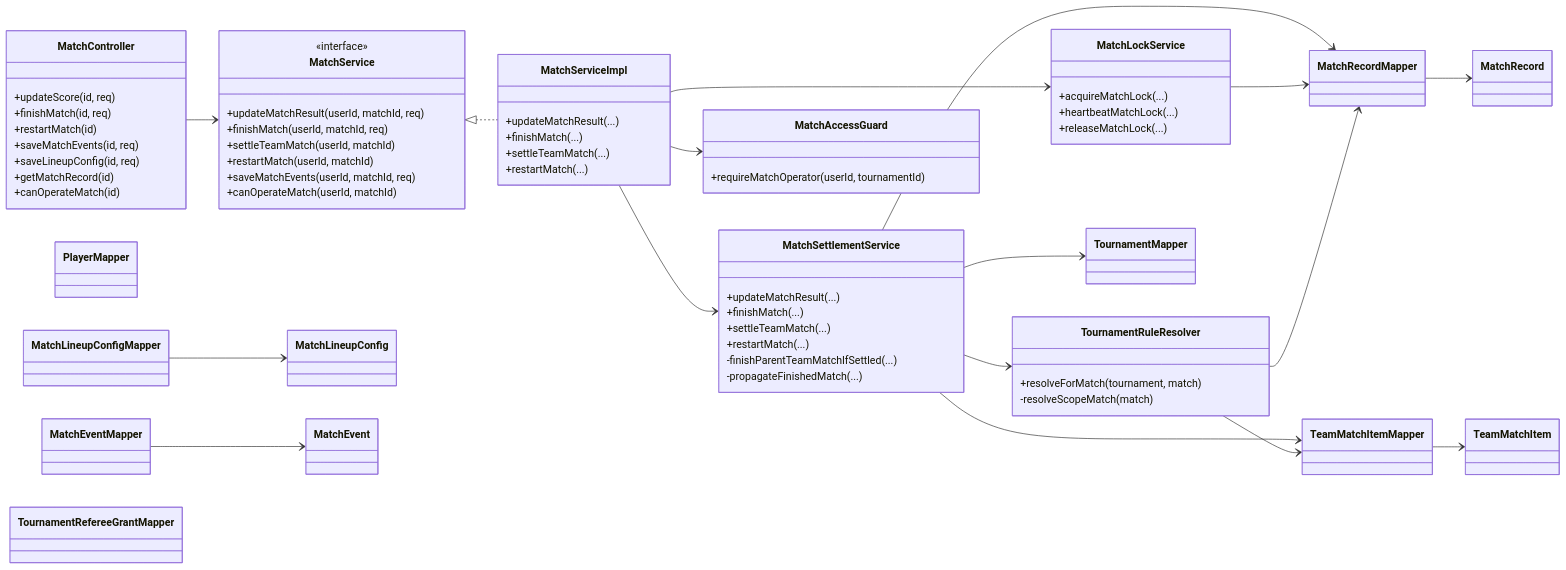
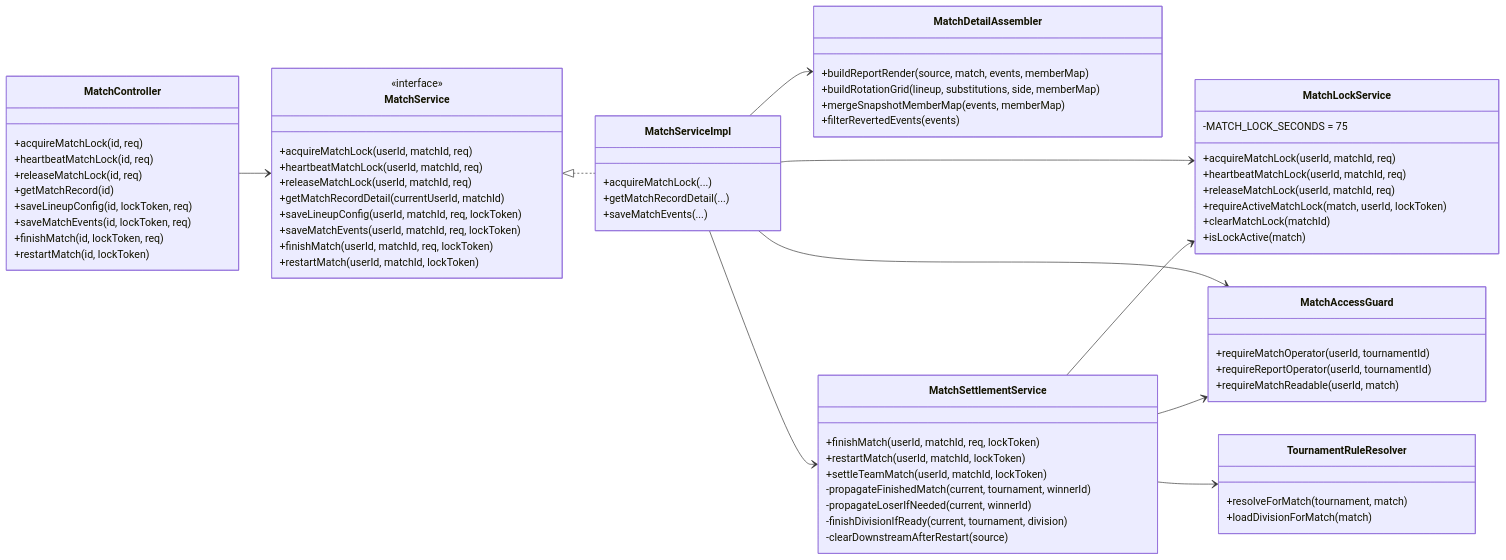
Before and after one commit to lijingyuu/Scoring: the third of 10 diagrams in docs/类图.md, drawn with Mermaid. The commit also changed other lines of this file and 34 other files, not shown here.

First line of the commit message:
fix(review): 全链路审查缺陷修复与领域类图架构治理

````diff
--- a/docs/类图.md
+++ b/docs/类图.md
@@ -285,82 +378,79 @@
 direction LR
 
 class MatchController {
-  +updateScore(id, req)
-  +finishMatch(id, req)
-  +restartMatch(id)
-  +saveMatchEvents(id, req)
-  +saveLineupConfig(id, req)
+  +acquireMatchLock(id, req)
+  +heartbeatMatchLock(id, req)
+  +releaseMatchLock(id, req)
   +getMatchRecord(id)
-  +canOperateMatch(id)
+  +saveLineupConfig(id, lockToken, req)
+  +saveMatchEvents(id, lockToken, req)
+  +finishMatch(id, lockToken, req)
+  +restartMatch(id, lockToken)
 }
 
 class MatchService {
   <<interface>>
-  +updateMatchResult(userId, matchId, req)
-  +finishMatch(userId, matchId, req)
-  +settleTeamMatch(userId, matchId)
-  +restartMatch(userId, matchId)
-  +saveMatchEvents(userId, matchId, req)
-  +canOperateMatch(userId, matchId)
+  +acquireMatchLock(userId, matchId, req)
+  +heartbeatMatchLock(userId, matchId, req)
+  +releaseMatchLock(userId, matchId, req)
+  +getMatchRecordDetail(currentUserId, matchId)
+  +saveLineupConfig(userId, matchId, req, lockToken)
+  +saveMatchEvents(userId, matchId, req, lockToken)
+  +finishMatch(userId, matchId, req, lockToken)
+  +restartMatch(userId, matchId, lockToken)
 }
 
 class MatchServiceImpl {
-  +updateMatchResult(...)
-  +finishMatch(...)
-  +settleTeamMatch(...)
-  +restartMatch(...)
-}
-
-class MatchSettlementService {
-  +updateMatchResult(...)
-  +finishMatch(...)
-  +settleTeamMatch(...)
-  +restartMatch(...)
-  -finishParentTeamMatchIfSettled(...)
-  -propagateFinishedMatch(...)
+  +acquireMatchLock(...)
+  +getMatchRecordDetail(...)
+  +saveMatchEvents(...)
 }
 
 class MatchLockService {
-  +acquireMatchLock(...)
-  +heartbeatMatchLock(...)
-  +releaseMatchLock(...)
+  -MATCH_LOCK_SECONDS = 75
+  +acquireMatchLock(userId, matchId, req)
+  +heartbeatMatchLock(userId, matchId, req)
+  +releaseMatchLock(userId, matchId, req)
+  +requireActiveMatchLock(match, userId, lockToken)
+  +clearMatchLock(matchId)
+  +isLockActive(match)
 }
 
 class MatchAccessGuard {
   +requireMatchOperator(userId, tournamentId)
+  +requireReportOperator(userId, tournamentId)
+  +requireMatchReadable(userId, match)
+}
+
+class MatchDetailAssembler {
+  +buildReportRender(source, match, events, memberMap)
+  +buildRotationGrid(lineup, substitutions, side, memberMap)
+  +mergeSnapshotMemberMap(events, memberMap)
+  +filterRevertedEvents(events)
+}
+
+class MatchSettlementService {
+  +finishMatch(userId, matchId, req, lockToken)
+  +restartMatch(userId, matchId, lockToken)
+  +settleTeamMatch(userId, matchId, lockToken)
+  -propagateFinishedMatch(current, tournament, winnerId)
+  -propagateLoserIfNeeded(current, winnerId)
+  -finishDivisionIfReady(current, tournament, division)
+  -clearDownstreamAfterRestart(source)
 }
 
 class TournamentRuleResolver {
   +resolveForMatch(tournament, match)
-  -resolveScopeMatch(match)
+  +loadDivisionForMatch(match)
 }
-
-class MatchRecordMapper
-class PlayerMapper
-class TournamentMapper
-class MatchLineupConfigMapper
-class MatchEventMapper
-class TeamMatchItemMapper
-class TournamentRefereeGrantMapper
-class MatchRecord
-class MatchLineupConfig
-class MatchEvent
-class TeamMatchItem
 
 MatchController --> MatchService
 MatchService <|.. MatchServiceImpl
-MatchServiceImpl --> MatchSettlementService
 MatchServiceImpl --> MatchLockService
 MatchServiceImpl --> MatchAccessGuard
-MatchSettlementService --> MatchRecordMapper
-MatchSettlementService --> TeamMatchItemMapper
-MatchSettlementService --> TournamentMapper
+MatchServiceImpl --> MatchDetailAssembler
+MatchServiceImpl --> MatchSettlementService
+MatchSettlementService --> MatchLockService
+MatchSettlementService --> MatchAccessGuard
 MatchSettlementService --> TournamentRuleResolver
-MatchLockService --> MatchRecordMapper
-MatchRecordMapper --> MatchRecord
-MatchLineupConfigMapper --> MatchLineupConfig
-MatchEventMapper --> MatchEvent
-TeamMatchItemMapper --> TeamMatchItem
-TournamentRuleResolver --> TeamMatchItemMapper
-TournamentRuleResolver --> MatchRecordMapper
 ```
````
